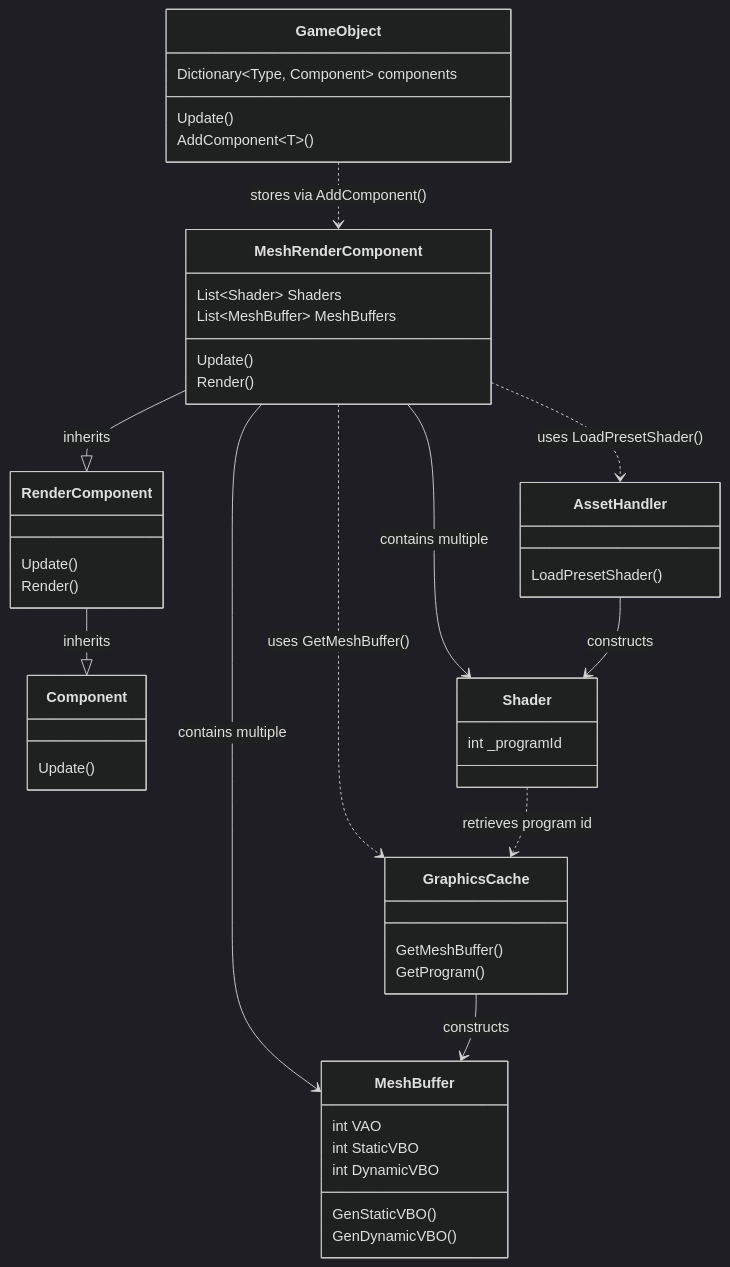
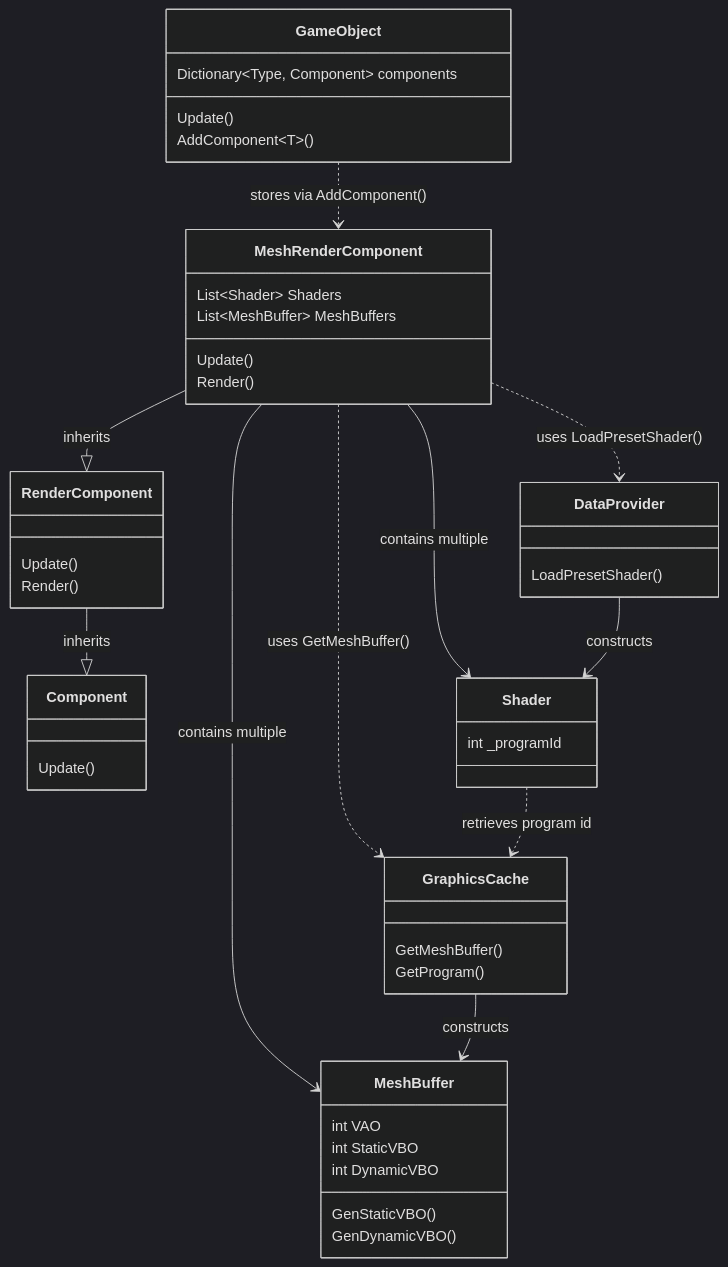
One commit to JordanMillett/Crux changed the diagram in CruxDocs/docs/graphics-flow.md. Above: the diagram before and after it, drawn with Mermaid (dark theme). The commit also changed 20 other files, not shown here.

````diff
--- a/CruxDocs/docs/graphics-flow.md
+++ b/CruxDocs/docs/graphics-flow.md
@@ -6,54 +6,54 @@
 ```mermaid
 classDiagram
     class GameObject {
          Dictionary~Type, Component~ components
          Update()
          AddComponent~T~()
     }
     class Component {
 	     Update()
     }
     class RenderComponent {
 	     Update()
 	     Render()
     }
     class MeshRenderComponent {
 	     List~Shader~ Shaders
 	     List~MeshBuffer~ MeshBuffers
 	     Update()
 	     Render()
     }
     class GraphicsCache {
 	     GetMeshBuffer()
 	     GetProgram()
     }
-    class AssetHandler {
+    class DataProvider {
 	     LoadPresetShader()
     }
     class MeshBuffer {
 	     int VAO
 	     int StaticVBO
 	     int DynamicVBO
 	     GenStaticVBO()
 	     GenDynamicVBO()
     }
     class Shader {
 	     int _programId
     }
 
     GameObject ..> MeshRenderComponent : stores via AddComponent()
 
     MeshRenderComponent --|> RenderComponent : inherits
     RenderComponent --|> Component :  inherits
 
     MeshRenderComponent ..> GraphicsCache : uses GetMeshBuffer()
-    MeshRenderComponent ..> AssetHandler : uses LoadPresetShader()
+    MeshRenderComponent ..> DataProvider : uses LoadPresetShader()
 
     MeshRenderComponent --> Shader : contains multiple
     MeshRenderComponent --> MeshBuffer : contains multiple
 
-    AssetHandler --> Shader : constructs
+    DataProvider --> Shader : constructs
     GraphicsCache --> MeshBuffer : constructs
 
     Shader ..> GraphicsCache : retrieves program id
 ```
````
